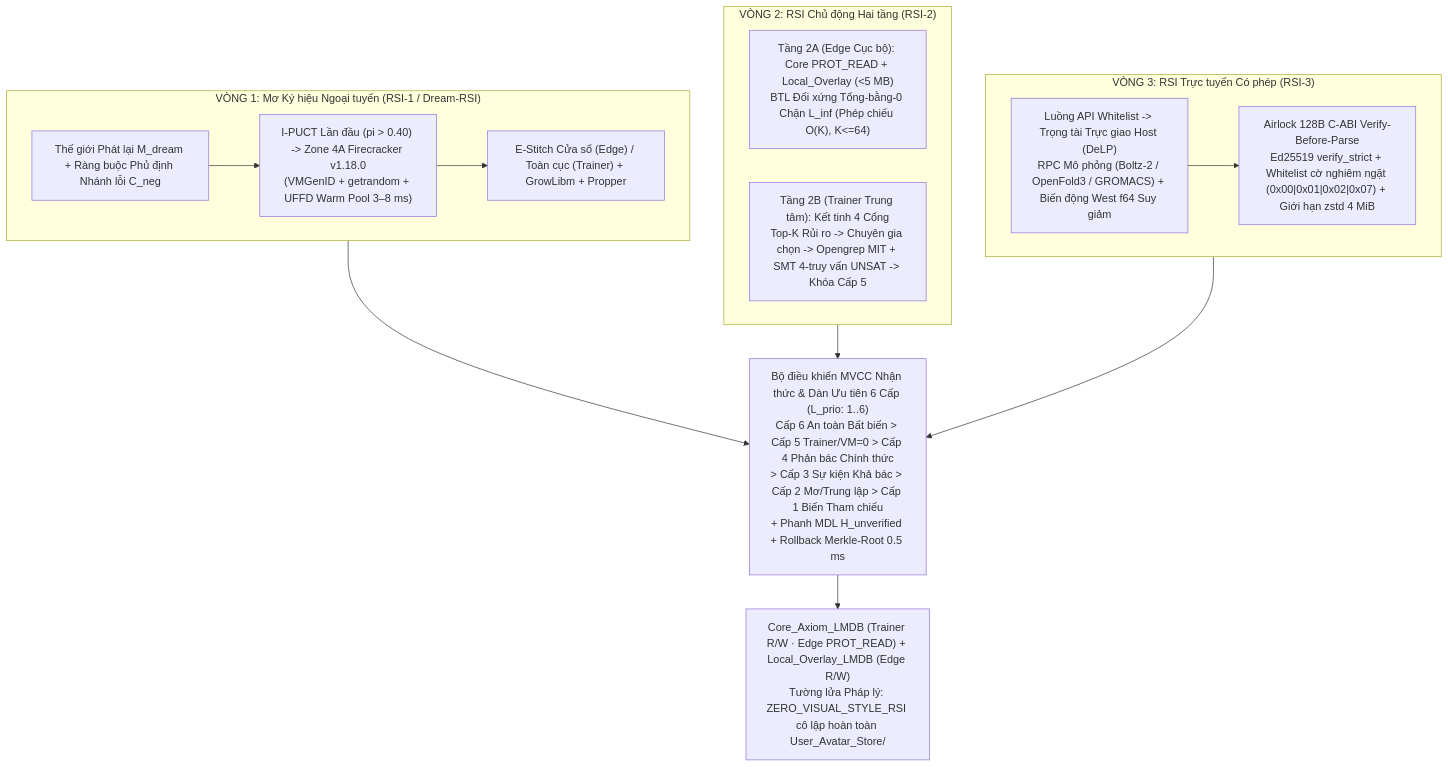
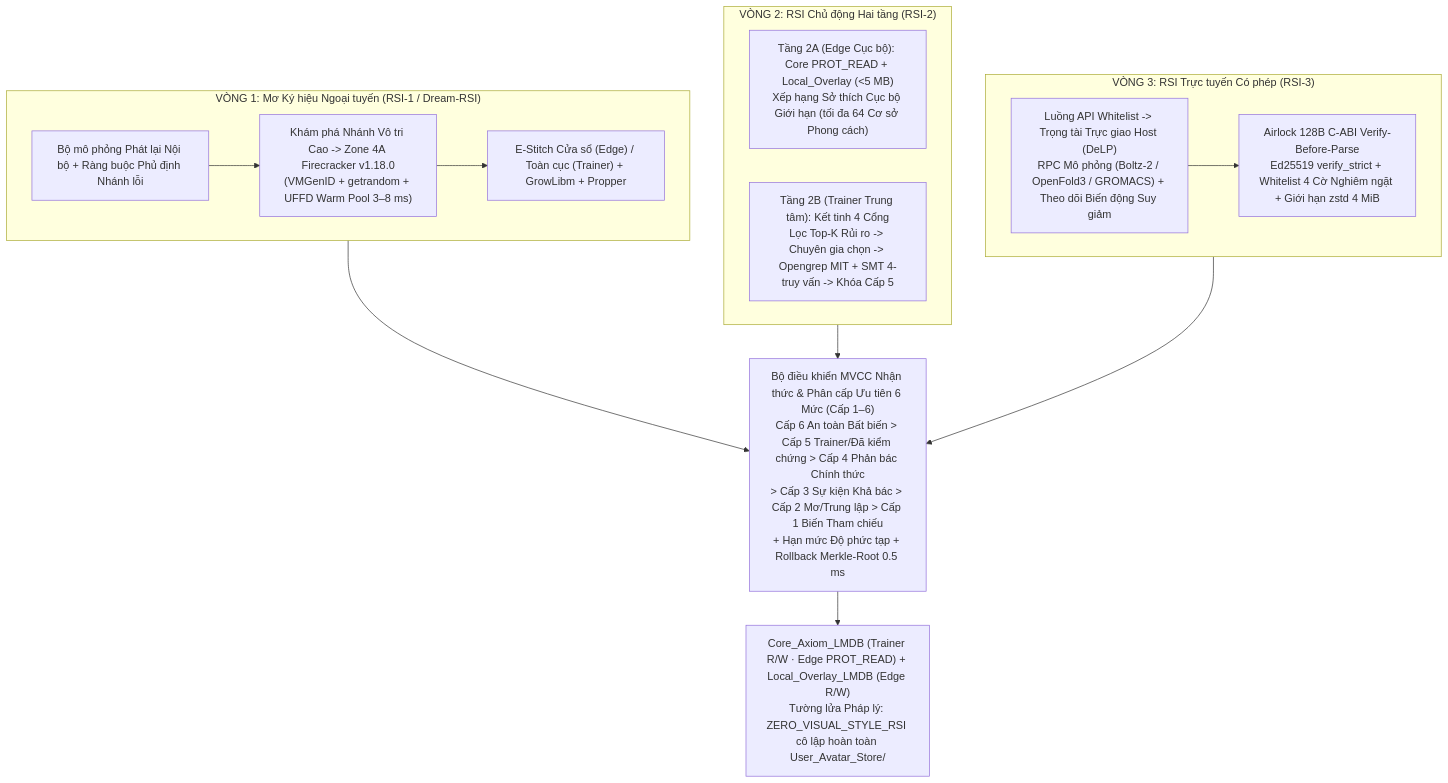
Before and after one commit to vuhoangquanhoctap-glitch/Takuma-1-Trinity: diagram 12 of 16 in README.md, drawn with Mermaid. The commit also changed other lines of this file, not shown here.

````diff
--- a/README.md
+++ b/README.md
@@ -802,25 +832,25 @@
 ```mermaid
 flowchart TB
     subgraph L1["VÒNG 1: Mơ Ký hiệu Ngoại tuyến (RSI-1 / Dream-RSI)"]
-        D1["Thế giới Phát lại M_dream + Ràng buộc Phủ định Nhánh lỗi C_neg"]
-        D2["I-PUCT Lần đầu (pi > 0.40) -> Zone 4A Firecracker v1.18.0<br/>(VMGenID + getrandom + UFFD Warm Pool 3–8 ms)"]
+        D1["Bộ mô phỏng Phát lại Nội bộ + Ràng buộc Phủ định Nhánh lỗi"]
+        D2["Khám phá Nhánh Vô tri Cao -> Zone 4A Firecracker v1.18.0<br/>(VMGenID + getrandom + UFFD Warm Pool 3–8 ms)"]
         D3["E-Stitch Cửa sổ (Edge) / Toàn cục (Trainer) + GrowLibm + Propper"]
         D1 --> D2 --> D3
     end
 
     subgraph L2["VÒNG 2: RSI Chủ động Hai tầng (RSI-2)"]
-        A1["Tầng 2A (Edge Cục bộ): Core PROT_READ + Local_Overlay (<5 MB)<br/>BTL Đối xứng Tổng-bằng-0 Chặn L_inf (Phép chiếu O(K), K<=64)"]
-        A2["Tầng 2B (Trainer Trung tâm): Kết tinh 4 Cổng<br/>Top-K Rủi ro -> Chuyên gia chọn -> Opengrep MIT + SMT 4-truy vấn UNSAT -> Khóa Cấp 5"]
+        A1["Tầng 2A (Edge Cục bộ): Core PROT_READ + Local_Overlay (<5 MB)<br/>Xếp hạng Sở thích Cục bộ Giới hạn (tối đa 64 Cơ sở Phong cách)"]
+        A2["Tầng 2B (Trainer Trung tâm): Kết tinh 4 Cổng<br/>Lọc Top-K Rủi ro -> Chuyên gia chọn -> Opengrep MIT + SMT 4-truy vấn -> Khóa Cấp 5"]
     end
 
     subgraph L3["VÒNG 3: RSI Trực tuyến Có phép (RSI-3)"]
-        O1["Luồng API Whitelist -> Trọng tài Trực giao Host (DeLP)<br/>RPC Mô phỏng (Boltz-2 / OpenFold3 / GROMACS) + Biến động West f64 Suy giảm"]
-        O2["Airlock 128B C-ABI Verify-Before-Parse<br/>Ed25519 verify_strict + Whitelist cờ nghiêm ngặt (0x00|0x01|0x02|0x07) + Giới hạn zstd 4 MiB"]
+        O1["Luồng API Whitelist -> Trọng tài Trực giao Host (DeLP)<br/>RPC Mô phỏng (Boltz-2 / OpenFold3 / GROMACS) + Theo dõi Biến động Suy giảm"]
+        O2["Airlock 128B C-ABI Verify-Before-Parse<br/>Ed25519 verify_strict + Whitelist 4 Cờ Nghiêm ngặt + Giới hạn zstd 4 MiB"]
         O1 --> O2
     end
 
-    L1 --> MVCC["Bộ điều khiển MVCC Nhận thức & Dàn Ưu tiên 6 Cấp (L_prio: 1..6)<br/>Cấp 6 An toàn Bất biến > Cấp 5 Trainer/VM=0 > Cấp 4 Phản bác Chính thức<br/>> Cấp 3 Sự kiện Khả bác > Cấp 2 Mơ/Trung lập > Cấp 1 Biến Tham chiếu<br/>+ Phanh MDL H_unverified + Rollback Merkle-Root 0.5 ms"]
+    L1 --> MVCC["Bộ điều khiển MVCC Nhận thức & Phân cấp Ưu tiên 6 Mức (Cấp 1–6)<br/>Cấp 6 An toàn Bất biến > Cấp 5 Trainer/Đã kiểm chứng > Cấp 4 Phản bác Chính thức<br/>> Cấp 3 Sự kiện Khả bác > Cấp 2 Mơ/Trung lập > Cấp 1 Biến Tham chiếu<br/>+ Hạn mức Độ phức tạp + Rollback Merkle-Root 0.5 ms"]
     L2 --> MVCC
     L3 --> MVCC
     MVCC --> DB["Core_Axiom_LMDB (Trainer R/W · Edge PROT_READ) + Local_Overlay_LMDB (Edge R/W)<br/>Tường lửa Pháp lý: ZERO_VISUAL_STYLE_RSI cô lập hoàn toàn User_Avatar_Store/"]
 ```
````
